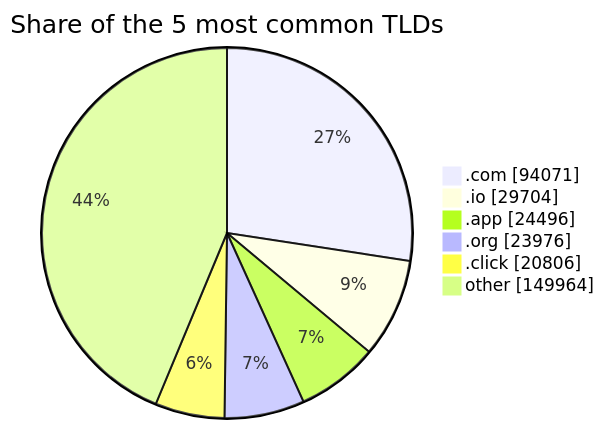
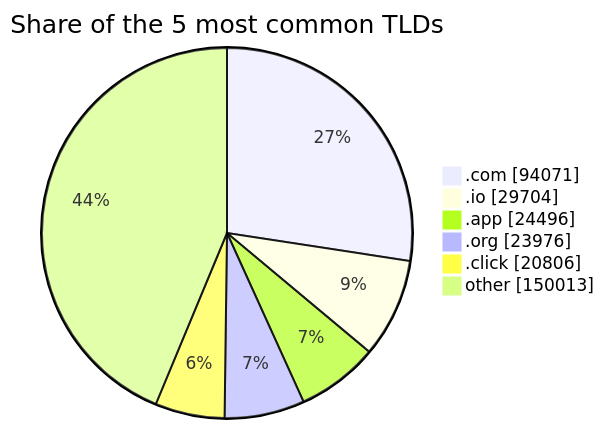
One commit to DNSBunker/CTI changed the third of 3 diagrams in README.md. Above: the diagram before and after it, drawn with Mermaid. The commit also changed other lines of this file and 3 other files, not shown here.

````diff
--- a/README.md
+++ b/README.md
@@ -81,9 +81,9 @@
 ```mermaid
 pie showData title Share of the 5 most common TLDs
     ".com" : 94071
     ".io" : 29704
     ".app" : 24496
     ".org" : 23976
     ".click" : 20806
-    "other" : 149964
+    "other" : 150013
 ```
````
